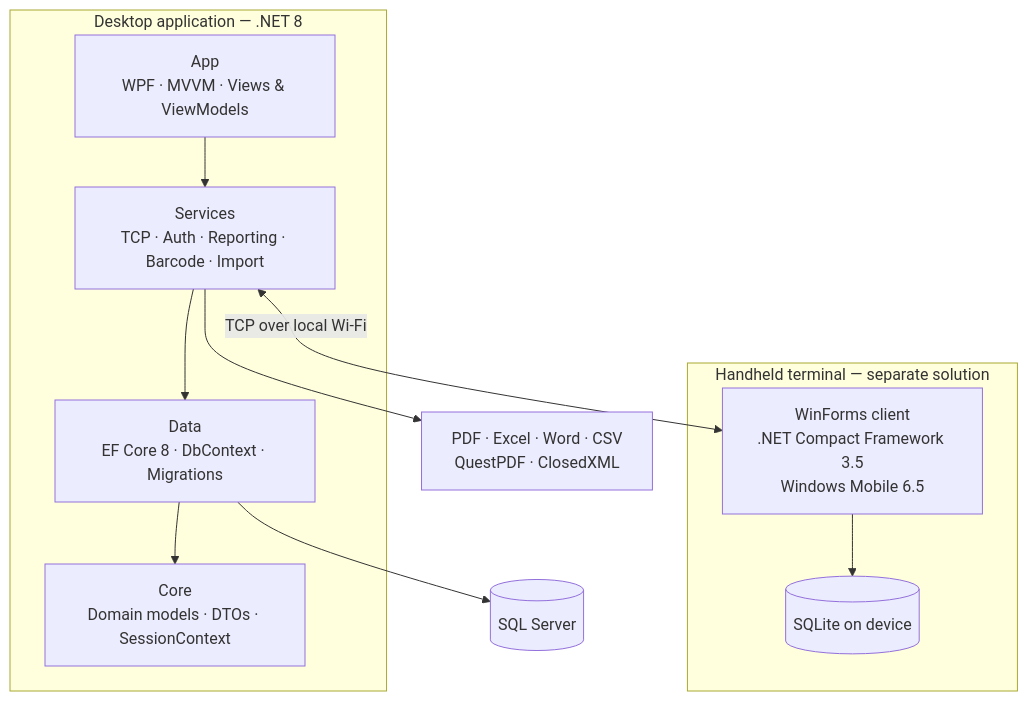
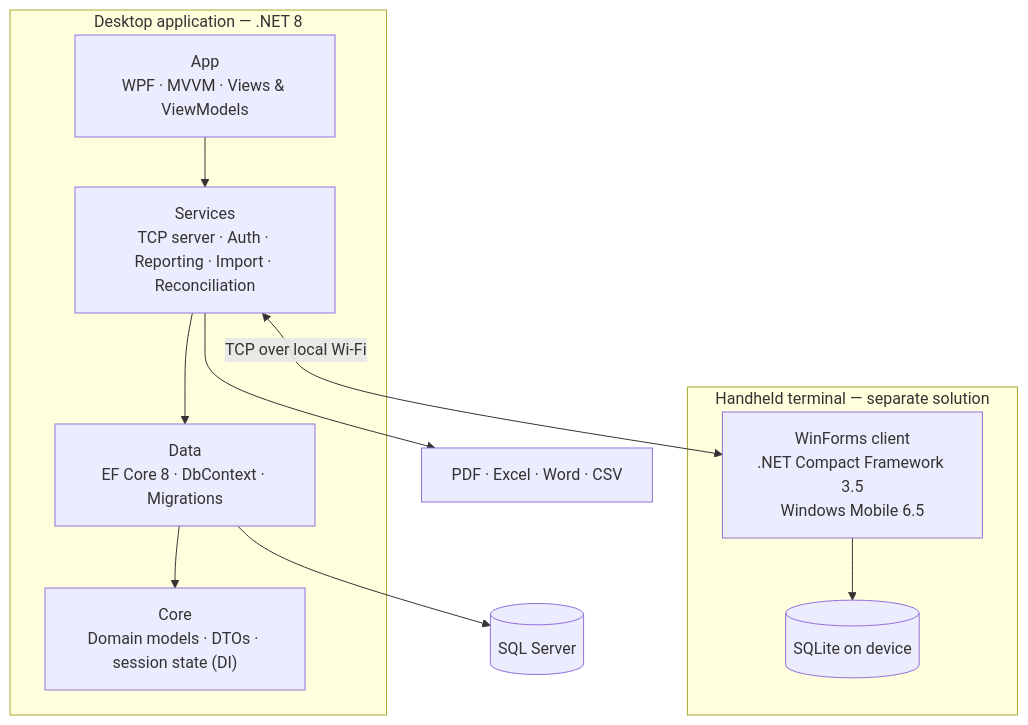
Before and after one commit to OnurrrB/stocktaking-system-case-study: the diagram in README.md, drawn with Mermaid. The commit also changed other lines of this file, not shown here.

First line of the commit message:
Correct status and add verified load test and reconciliation details

````diff
--- a/README.md
+++ b/README.md
@@ -36,24 +41,24 @@
 ```mermaid
 flowchart TB
     subgraph Desktop["Desktop application — .NET 8"]
         App["App<br/>WPF · MVVM · Views &amp; ViewModels"]
-        Services["Services<br/>TCP · Auth · Reporting · Barcode · Import"]
+        Services["Services<br/>TCP server · Auth · Reporting · Import · Reconciliation"]
         Data["Data<br/>EF Core 8 · DbContext · Migrations"]
-        Core["Core<br/>Domain models · DTOs · SessionContext"]
+        Core["Core<br/>Domain models · DTOs · session state (DI)"]
         App --> Services --> Data --> Core
     end
 
     DB[("SQL Server")]
     Data --> DB
 
     subgraph Terminal["Handheld terminal — separate solution"]
         TApp["WinForms client<br/>.NET Compact Framework 3.5<br/>Windows Mobile 6.5"]
         TDb[("SQLite on device")]
         TApp --> TDb
     end
 
     Services <-->|"TCP over local Wi-Fi"| TApp
 
-    Reports["PDF · Excel · Word · CSV<br/>QuestPDF · ClosedXML"]
+    Reports["PDF · Excel · Word · CSV"]
     Services --> Reports
 ```
````
